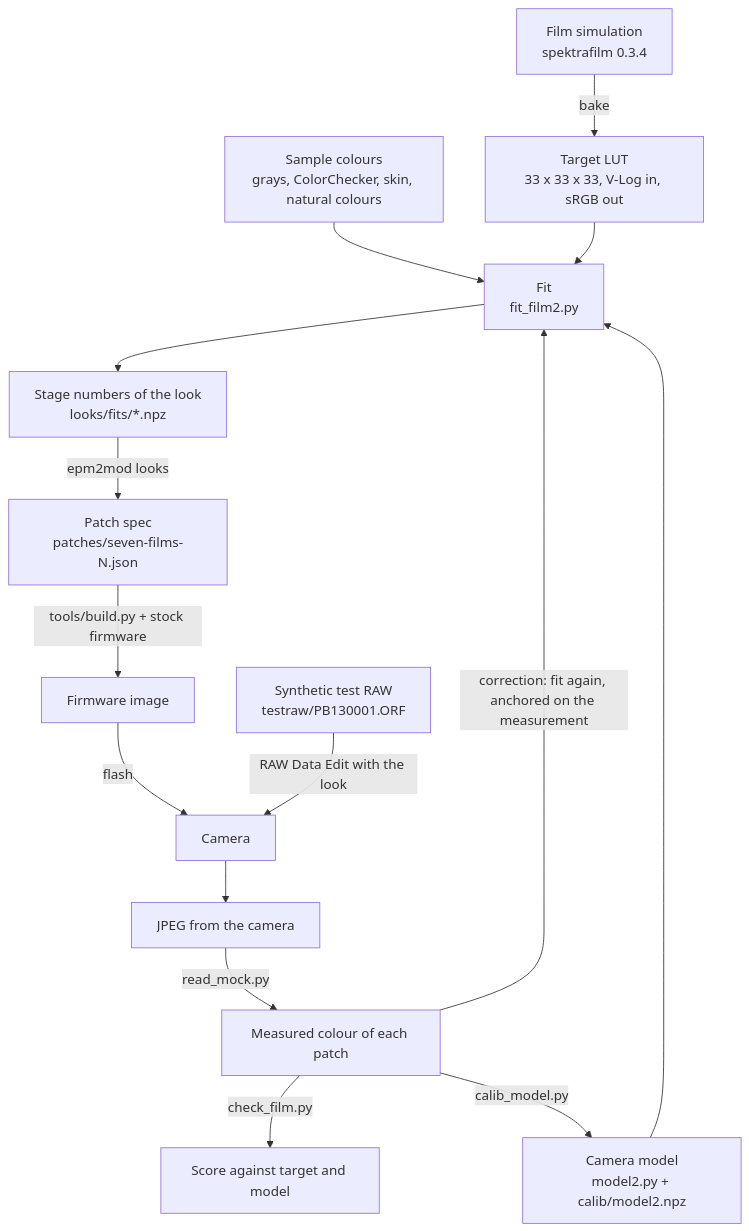
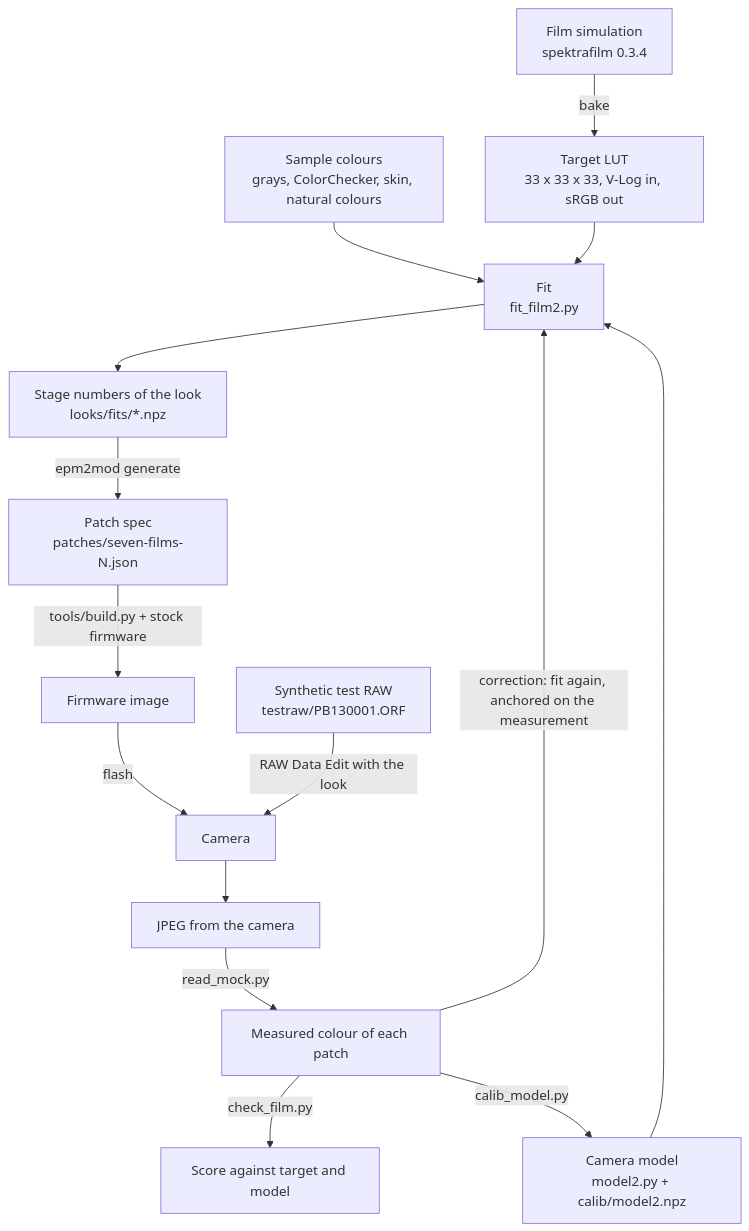
Before and after one commit to cfu288/EPM2Mod: the first of 2 diagrams in experiments/2026-11-09-film-portra/README.md, drawn with Mermaid. The commit also changed other lines of this file and 10 other files, not shown here.

````diff
--- a/experiments/2026-11-09-film-portra/README.md
+++ b/experiments/2026-11-09-film-portra/README.md
@@ -29,17 +29,17 @@
 ```mermaid
 flowchart TD
     A[Film simulation<br/>spektrafilm 0.3.4] -->|bake| B[Target LUT<br/>33 x 33 x 33, V-Log in, sRGB out]
     S[Sample colours<br/>grays, ColorChecker, skin, natural colours] --> F
     B --> F[Fit<br/>fit_film2.py]
     M[Camera model<br/>model2.py + calib/model2.npz] --> F
     F --> P[Stage numbers of the look<br/>looks/fits/*.npz]
-    P -->|epm2mod looks| J[Patch spec<br/>patches/seven-films-N.json]
+    P -->|epm2mod generate| J[Patch spec<br/>patches/seven-films-N.json]
     J -->|tools/build.py + stock firmware| BIN[Firmware image]
     BIN -->|flash| CAM[Camera]
     T[Synthetic test RAW<br/>testraw/PB130001.ORF] -->|RAW Data Edit with the look| CAM
     CAM --> JPG[JPEG from the camera]
     JPG -->|read_mock.py| R[Measured colour of each patch]
     R -->|check_film.py| SC[Score against target and model]
     R -->|correction: fit again, anchored on the measurement| F
     R -->|calib_model.py| M
 ```
````
